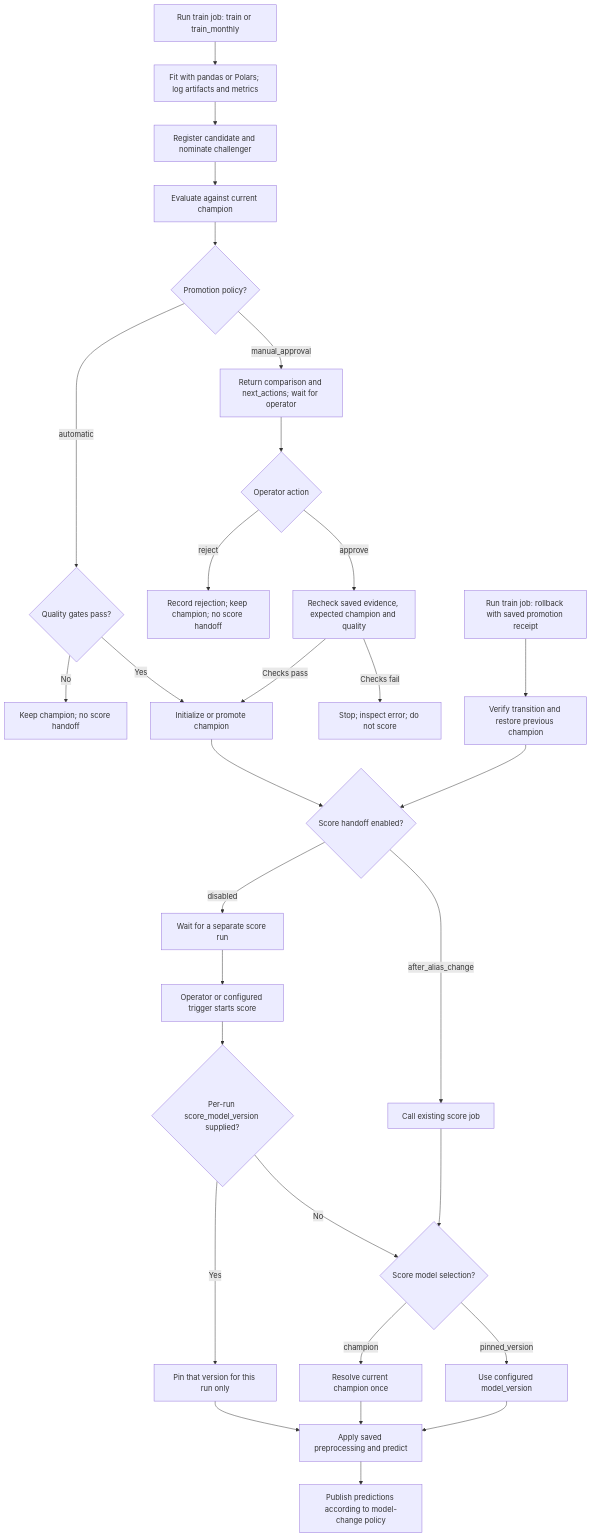
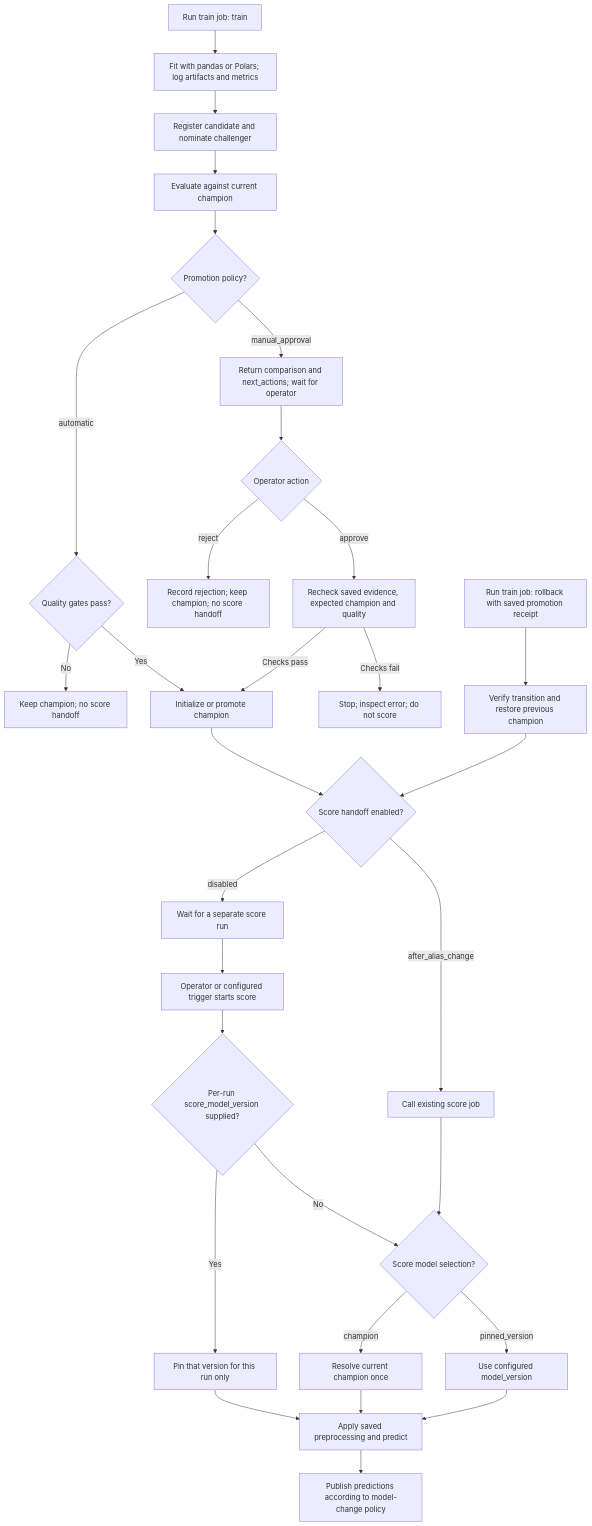
Before and after one commit to codeandchill91/skyulf: the first of 4 diagrams in docs/user_guide/databricks_bundle_walkthrough.md, drawn with Mermaid. The commit also changed other lines of this file and 46 other files, not shown here.

Commit message:
feat: simplify and validate the Databricks lifecycle graph

````diff
--- a/docs/user_guide/databricks_bundle_walkthrough.md
+++ b/docs/user_guide/databricks_bundle_walkthrough.md
@@ -249,32 +249,32 @@
 ```mermaid
 flowchart TD
-    A["Run train job: train or train_monthly"] --> B["Fit with pandas or Polars; log artifacts and metrics"]
+    A["Run train job: train"] --> B["Fit with pandas or Polars; log artifacts and metrics"]
     B --> C["Register candidate and nominate challenger"]
     C --> D["Evaluate against current champion"]
     D --> E{"Promotion policy?"}
     E -->|"automatic"| F{"Quality gates pass?"}
     F -->|"No"| G["Keep champion; no score handoff"]
     F -->|"Yes"| H["Initialize or promote champion"]
     E -->|"manual_approval"| I["Return comparison and next_actions; wait for operator"]
     I --> J{"Operator action"}
     J -->|"reject"| K["Record rejection; keep champion; no score handoff"]
     J -->|"approve"| L["Recheck saved evidence, expected champion and quality"]
     L -->|"Checks pass"| H
     L -->|"Checks fail"| M["Stop; inspect error; do not score"]
     R["Run train job: rollback with saved promotion receipt"] --> S["Verify transition and restore previous champion"]
     S --> T{"Score handoff enabled?"}
     H --> T
     T -->|"disabled"| U["Wait for a separate score run"]
     T -->|"after_alias_change"| V["Call existing score job"]
     U --> W["Operator or configured trigger starts score"]
     W --> O{"Per-run score_model_version supplied?"}
     O -->|"Yes"| OV["Pin that version for this run only"]
     O -->|"No"| X{"Score model selection?"}
     V --> X
     X -->|"champion"| Y["Resolve current champion once"]
     X -->|"pinned_version"| Z["Use configured model_version"]
     Y --> P["Apply saved preprocessing and predict"]
     Z --> P
     OV --> P
     P --> Q["Publish predictions according to model-change policy"]
 ```
````
